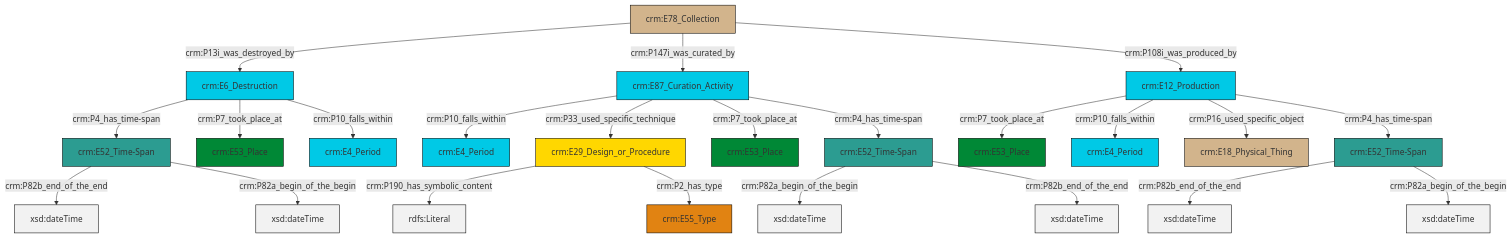
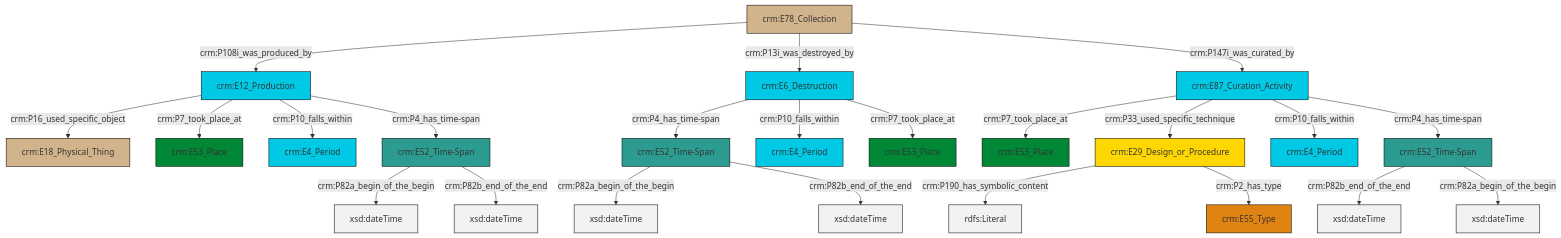
One commit to swiss-art-research-net/docs.swissartresearch changed the diagram in et/archivalCSV/ttl/mmd/archival_existence.ttl.mmd. Above: the diagram before and after it, drawn with Mermaid. The commit also changed 183 other files, not shown here.

```diff
--- a/et/archivalCSV/ttl/mmd/archival_existence.ttl.mmd
+++ b/et/archivalCSV/ttl/mmd/archival_existence.ttl.mmd
@@ -1,37 +1,37 @@
 graph TD
 classDef Literal fill:#f2f2f2,stroke:#000000;
 classDef CRM_Entity fill:#FFFFFF,stroke:#000000;
 classDef Temporal_Entity fill:#00C9E6, stroke:#000000;
 classDef Type fill:#E18312, stroke:#000000;
 classDef Time-Span fill:#2C9C91, stroke:#000000;
 classDef Appellation fill:#FFEB7F, stroke:#000000;
 classDef Place fill:#008836, stroke:#000000;
 classDef Persistent_Item fill:#B266B2, stroke:#000000;
 classDef Conceptual_Object fill:#FFD700, stroke:#000000;
 classDef Physical_Thing fill:#D2B48C, stroke:#000000;
 classDef Actor fill:#f58aad, stroke:#000000;
 classDef PC_Classes fill:#4ce600, stroke:#000000;
 classDef Multi fill:#cccccc,stroke:#000000;
 
-0["crm:E78_Collection"]:::Physical_Thing -->|crm:P13i_was_destroyed_by| 2["crm:E6_Destruction"]:::Temporal_Entity
-3["crm:E52_Time-Span"]:::Time-Span -->|crm:P82b_end_of_the_end| 4[xsd:dateTime]:::Literal
-2["crm:E6_Destruction"]:::Temporal_Entity -->|crm:P4_has_time-span| 5["crm:E52_Time-Span"]:::Time-Span
-6["crm:E29_Design_or_Procedure"]:::Conceptual_Object -->|crm:P190_has_symbolic_content| 7[rdfs:Literal]:::Literal
-0["crm:E78_Collection"]:::Physical_Thing -->|crm:P147i_was_curated_by| 10["crm:E87_Curation_Activity"]:::Temporal_Entity
-11["crm:E12_Production"]:::Temporal_Entity -->|crm:P7_took_place_at| 12["crm:E53_Place"]:::Place
-11["crm:E12_Production"]:::Temporal_Entity -->|crm:P10_falls_within| 15["crm:E4_Period"]:::Temporal_Entity
-5["crm:E52_Time-Span"]:::Time-Span -->|crm:P82b_end_of_the_end| 16[xsd:dateTime]:::Literal
-6["crm:E29_Design_or_Procedure"]:::Conceptual_Object -->|crm:P2_has_type| 8["crm:E55_Type"]:::Type
-11["crm:E12_Production"]:::Temporal_Entity -->|crm:P16_used_specific_object| 21["crm:E18_Physical_Thing"]:::Physical_Thing
-10["crm:E87_Curation_Activity"]:::Temporal_Entity -->|crm:P10_falls_within| 22["crm:E4_Period"]:::Temporal_Entity
-5["crm:E52_Time-Span"]:::Time-Span -->|crm:P82a_begin_of_the_begin| 24[xsd:dateTime]:::Literal
-2["crm:E6_Destruction"]:::Temporal_Entity -->|crm:P7_took_place_at| 25["crm:E53_Place"]:::Place
-0["crm:E78_Collection"]:::Physical_Thing -->|crm:P108i_was_produced_by| 11["crm:E12_Production"]:::Temporal_Entity
-2["crm:E6_Destruction"]:::Temporal_Entity -->|crm:P10_falls_within| 28["crm:E4_Period"]:::Temporal_Entity
-18["crm:E52_Time-Span"]:::Time-Span -->|crm:P82a_begin_of_the_begin| 34[xsd:dateTime]:::Literal
-11["crm:E12_Production"]:::Temporal_Entity -->|crm:P4_has_time-span| 3["crm:E52_Time-Span"]:::Time-Span
-18["crm:E52_Time-Span"]:::Time-Span -->|crm:P82b_end_of_the_end| 35[xsd:dateTime]:::Literal
-10["crm:E87_Curation_Activity"]:::Temporal_Entity -->|crm:P33_used_specific_technique| 6["crm:E29_Design_or_Procedure"]:::Conceptual_Object
-10["crm:E87_Curation_Activity"]:::Temporal_Entity -->|crm:P7_took_place_at| 31["crm:E53_Place"]:::Place
-3["crm:E52_Time-Span"]:::Time-Span -->|crm:P82a_begin_of_the_begin| 36[xsd:dateTime]:::Literal
-10["crm:E87_Curation_Activity"]:::Temporal_Entity -->|crm:P4_has_time-span| 18["crm:E52_Time-Span"]:::Time-Span
+4["crm:E52_Time-Span"]:::Time-Span -->|crm:P82a_begin_of_the_begin| 5[xsd:dateTime]:::Literal
+6["crm:E6_Destruction"]:::Temporal_Entity -->|crm:P4_has_time-span| 7["crm:E52_Time-Span"]:::Time-Span
+12["crm:E78_Collection"]:::Physical_Thing -->|crm:P108i_was_produced_by| 16["crm:E12_Production"]:::Temporal_Entity
+7["crm:E52_Time-Span"]:::Time-Span -->|crm:P82a_begin_of_the_begin| 19[xsd:dateTime]:::Literal
+2["crm:E87_Curation_Activity"]:::Temporal_Entity -->|crm:P7_took_place_at| 8["crm:E53_Place"]:::Place
+12["crm:E78_Collection"]:::Physical_Thing -->|crm:P13i_was_destroyed_by| 6["crm:E6_Destruction"]:::Temporal_Entity
+14["crm:E52_Time-Span"]:::Time-Span -->|crm:P82b_end_of_the_end| 23[xsd:dateTime]:::Literal
+10["crm:E29_Design_or_Procedure"]:::Conceptual_Object -->|crm:P190_has_symbolic_content| 24[rdfs:Literal]:::Literal
+12["crm:E78_Collection"]:::Physical_Thing -->|crm:P147i_was_curated_by| 2["crm:E87_Curation_Activity"]:::Temporal_Entity
+14["crm:E52_Time-Span"]:::Time-Span -->|crm:P82a_begin_of_the_begin| 29[xsd:dateTime]:::Literal
+16["crm:E12_Production"]:::Temporal_Entity -->|crm:P16_used_specific_object| 27["crm:E18_Physical_Thing"]:::Physical_Thing
+7["crm:E52_Time-Span"]:::Time-Span -->|crm:P82b_end_of_the_end| 35[xsd:dateTime]:::Literal
+2["crm:E87_Curation_Activity"]:::Temporal_Entity -->|crm:P33_used_specific_technique| 10["crm:E29_Design_or_Procedure"]:::Conceptual_Object
+6["crm:E6_Destruction"]:::Temporal_Entity -->|crm:P10_falls_within| 31["crm:E4_Period"]:::Temporal_Entity
+16["crm:E12_Production"]:::Temporal_Entity -->|crm:P7_took_place_at| 21["crm:E53_Place"]:::Place
+10["crm:E29_Design_or_Procedure"]:::Conceptual_Object -->|crm:P2_has_type| 36["crm:E55_Type"]:::Type
+6["crm:E6_Destruction"]:::Temporal_Entity -->|crm:P7_took_place_at| 17["crm:E53_Place"]:::Place
+16["crm:E12_Production"]:::Temporal_Entity -->|crm:P10_falls_within| 0["crm:E4_Period"]:::Temporal_Entity
+16["crm:E12_Production"]:::Temporal_Entity -->|crm:P4_has_time-span| 4["crm:E52_Time-Span"]:::Time-Span
+2["crm:E87_Curation_Activity"]:::Temporal_Entity -->|crm:P10_falls_within| 25["crm:E4_Period"]:::Temporal_Entity
+4["crm:E52_Time-Span"]:::Time-Span -->|crm:P82b_end_of_the_end| 38[xsd:dateTime]:::Literal
+2["crm:E87_Curation_Activity"]:::Temporal_Entity -->|crm:P4_has_time-span| 14["crm:E52_Time-Span"]:::Time-Span
```
